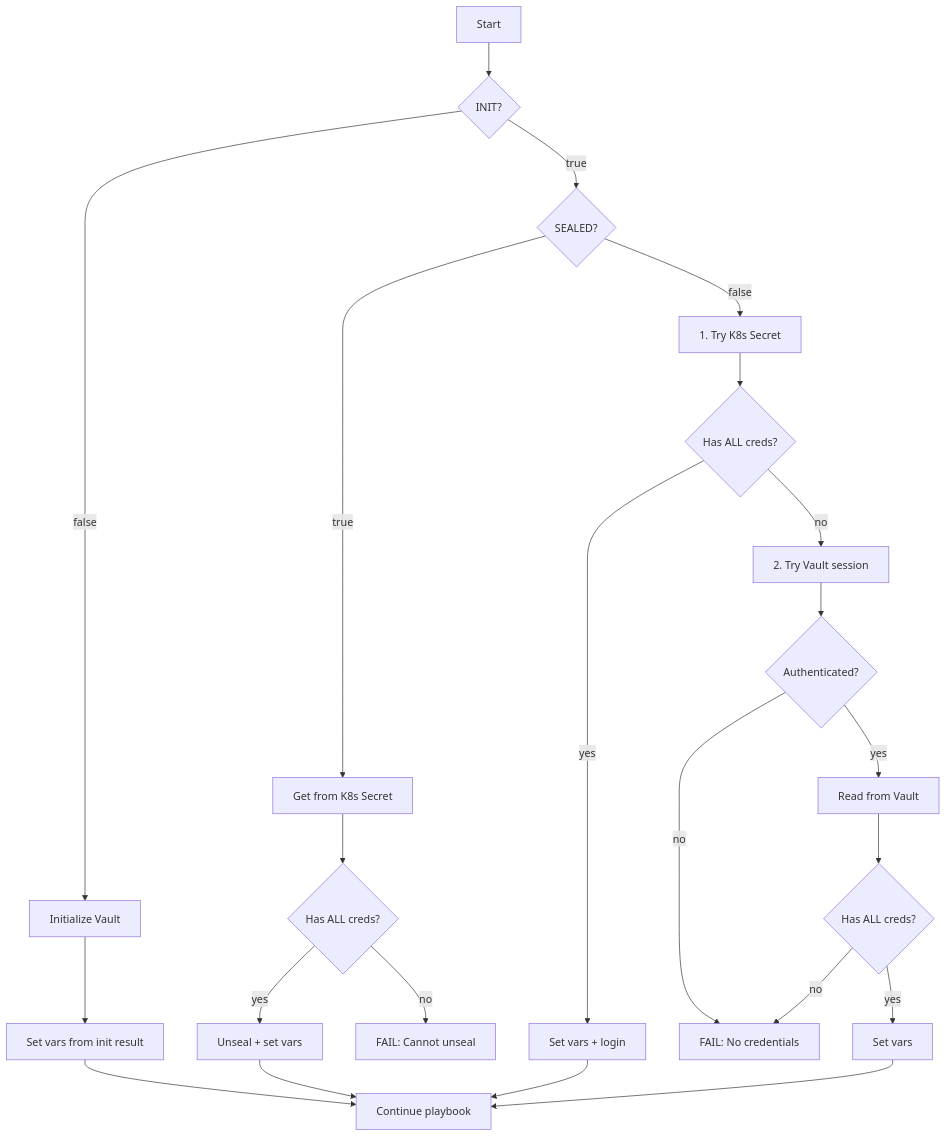
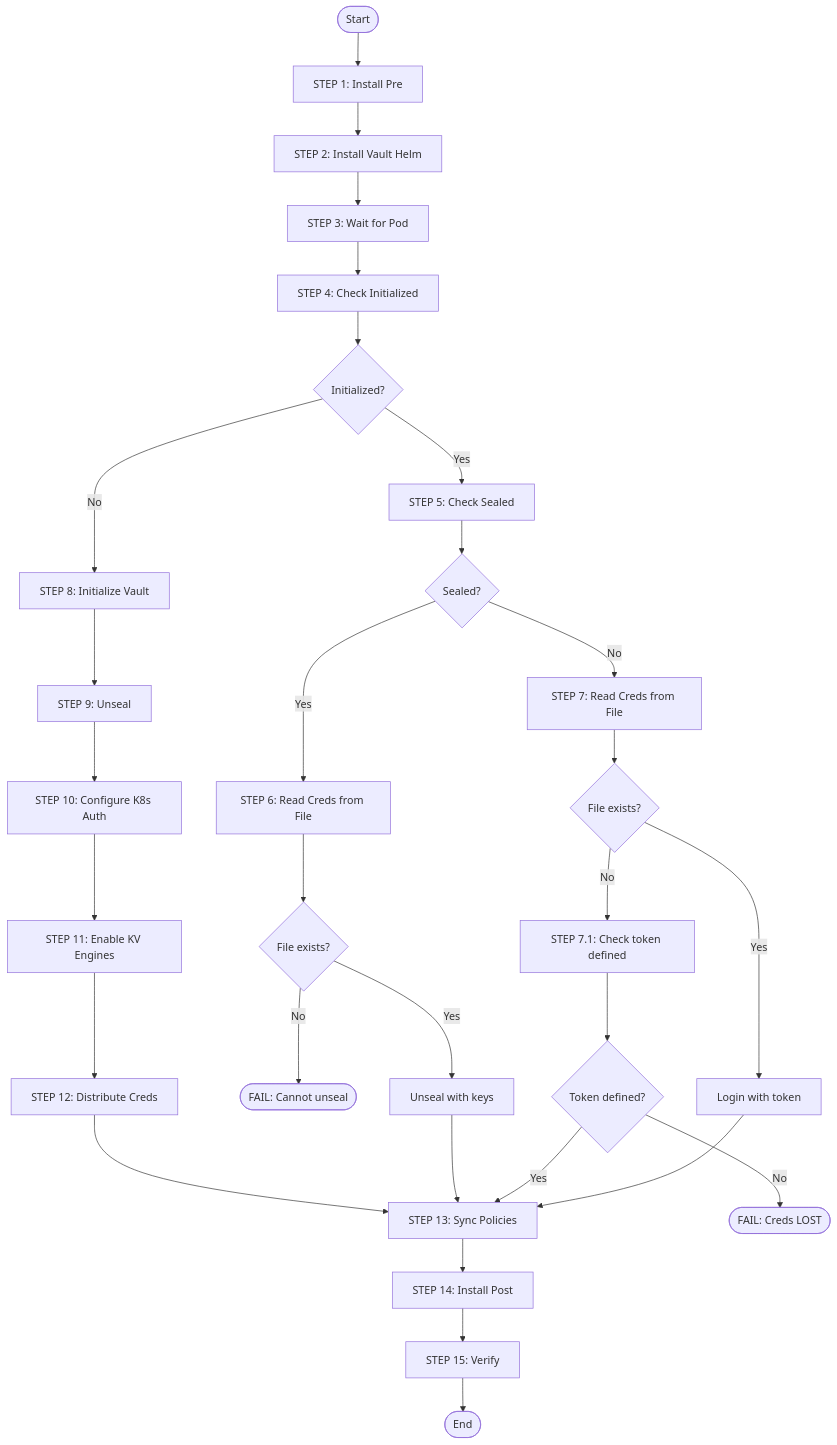
The diagram in docs/vault/install-init-spets.md (zibellon/k8s-ansible), drawn with Mermaid before and after one commit. The commit also changed other lines of this file and 1 other file, not shown here.

````diff
--- a/docs/vault/install-init-spets.md
+++ b/docs/vault/install-init-spets.md
@@ -26,31 +14,38 @@
 ```mermaid
-flowchart TD
-    Start[Start] --> CheckInit{INIT?}
+flowchart TB
+    Start([Start]) --> Step1[STEP 1: Install Pre]
+    Step1 --> Step2[STEP 2: Install Vault Helm]
+    Step2 --> Step3[STEP 3: Wait for Pod]
+    Step3 --> Step4[STEP 4: Check Initialized]
     
-    CheckInit -->|false| DoInit[Initialize Vault]
-    DoInit --> SetFromInit[Set vars from init result]
-    SetFromInit --> Continue[Continue playbook]
+    Step4 --> IsInit{Initialized?}
     
-    CheckInit -->|true| CheckSeal{SEALED?}
+    IsInit -->|No| Step8[STEP 8: Initialize Vault]
+    Step8 --> Step9[STEP 9: Unseal]
+    Step9 --> Step10[STEP 10: Configure K8s Auth]
+    Step10 --> Step11[STEP 11: Enable KV Engines]
+    Step11 --> Step12[STEP 12: Distribute Creds]
+    Step12 --> Step13
     
-    CheckSeal -->|true| GetK8sSecretSealed[Get from K8s Secret]
-    GetK8sSecretSealed --> HasK8sSealed{Has ALL creds?}
-    HasK8sSealed -->|yes| UnsealWithK8s[Unseal + set vars]
-    HasK8sSealed -->|no| FailSealed[FAIL: Cannot unseal]
-    UnsealWithK8s --> Continue
+    IsInit -->|Yes| Step5[STEP 5: Check Sealed]
+    Step5 --> IsSealed{Sealed?}
     
-    CheckSeal -->|false| GetK8sSecretUnsealed[1. Try K8s Secret]
-    GetK8sSecretUnsealed --> HasK8sUnsealed{Has ALL creds?}
-    HasK8sUnsealed -->|yes| SetFromK8s[Set vars + login]
-    HasK8sUnsealed -->|no| CheckVaultSession[2. Try Vault session]
-    SetFromK8s --> Continue
+    IsSealed -->|Yes| Step6[STEP 6: Read Creds from File]
+    Step6 --> HasCreds1{File exists?}
+    HasCreds1 -->|No| Fail1([FAIL: Cannot unseal])
+    HasCreds1 -->|Yes| Unseal6[Unseal with keys]
+    Unseal6 --> Step13
     
-    CheckVaultSession --> HasSession{Authenticated?}
-    HasSession -->|yes| ReadVault[Read from Vault]
-    HasSession -->|no| FailUnsealed[FAIL: No credentials]
+    IsSealed -->|No| Step7[STEP 7: Read Creds from File]
+    Step7 --> HasCreds2{File exists?}
+    HasCreds2 -->|No| Step71[STEP 7.1: Check token defined]
+    Step71 --> TokenDef{Token defined?}
+    TokenDef -->|No| Fail2([FAIL: Creds LOST])
+    TokenDef -->|Yes| Step13
+    HasCreds2 -->|Yes| Login7[Login with token]
+    Login7 --> Step13
     
-    ReadVault --> HasVaultCreds{Has ALL creds?}
-    HasVaultCreds -->|yes| SetFromVault[Set vars]
-    HasVaultCreds -->|no| FailUnsealed
-    SetFromVault --> Continue
+    Step13[STEP 13: Sync Policies] --> Step14[STEP 14: Install Post]
+    Step14 --> Step15[STEP 15: Verify]
+    Step15 --> End([End])
 ```
````
